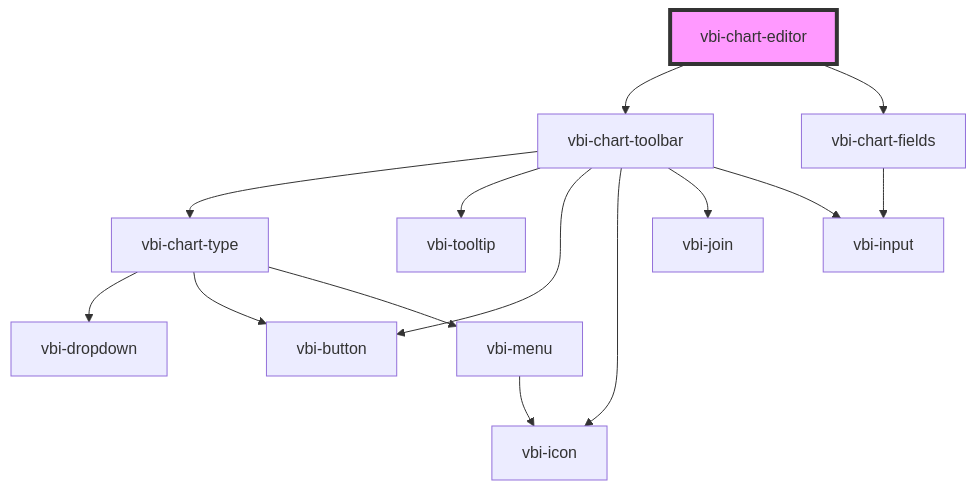
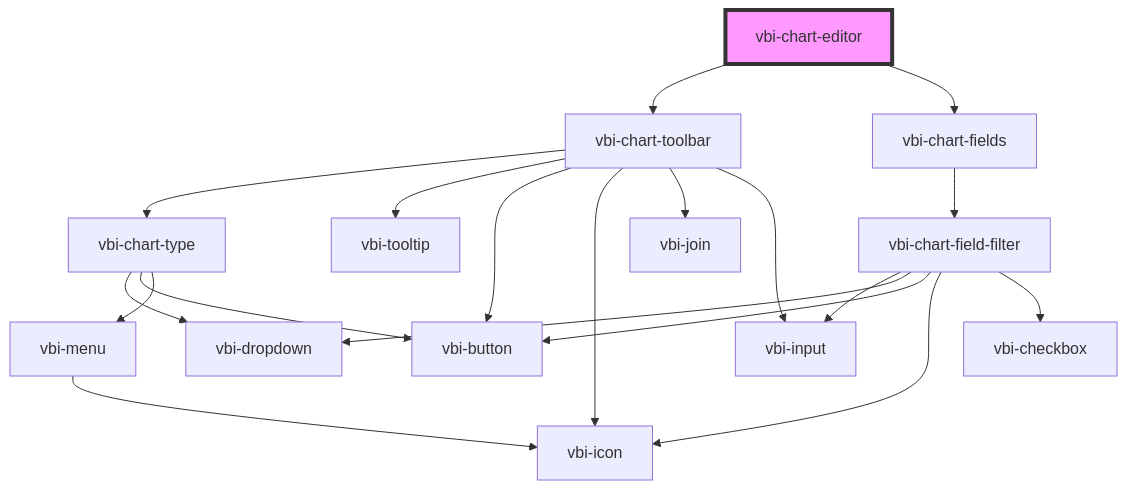
One commit to Ditto190/VBI-modme changed the diagram in packages/vbi-component/src/components/chart/vbi-chart-editor/readme.md. Above: the diagram before and after it, drawn with Mermaid. The commit also changed 20 other files, not shown here.

Commit message:
feat(vbi-component): add i18n translations for fields panel and filters

````diff
--- a/packages/vbi-component/src/components/chart/vbi-chart-editor/readme.md
+++ b/packages/vbi-component/src/components/chart/vbi-chart-editor/readme.md
@@ -16,17 +16,22 @@
 ```mermaid
 graph TD;
   vbi-chart-editor --> vbi-chart-toolbar
   vbi-chart-editor --> vbi-chart-fields
   vbi-chart-toolbar --> vbi-chart-type
   vbi-chart-toolbar --> vbi-tooltip
   vbi-chart-toolbar --> vbi-button
   vbi-chart-toolbar --> vbi-icon
   vbi-chart-toolbar --> vbi-join
   vbi-chart-toolbar --> vbi-input
   vbi-chart-type --> vbi-dropdown
   vbi-chart-type --> vbi-button
   vbi-chart-type --> vbi-menu
   vbi-menu --> vbi-icon
-  vbi-chart-fields --> vbi-input
+  vbi-chart-fields --> vbi-chart-field-filter
+  vbi-chart-field-filter --> vbi-input
+  vbi-chart-field-filter --> vbi-dropdown
+  vbi-chart-field-filter --> vbi-button
+  vbi-chart-field-filter --> vbi-icon
+  vbi-chart-field-filter --> vbi-checkbox
   style vbi-chart-editor fill:#f9f,stroke:#333,stroke-width:4px
 ```
````
